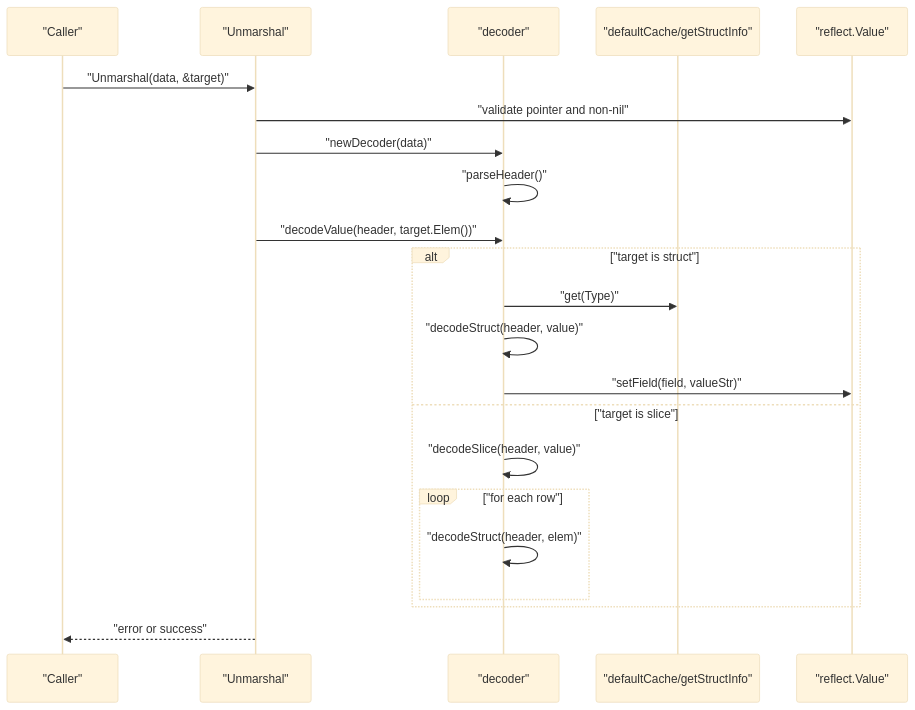
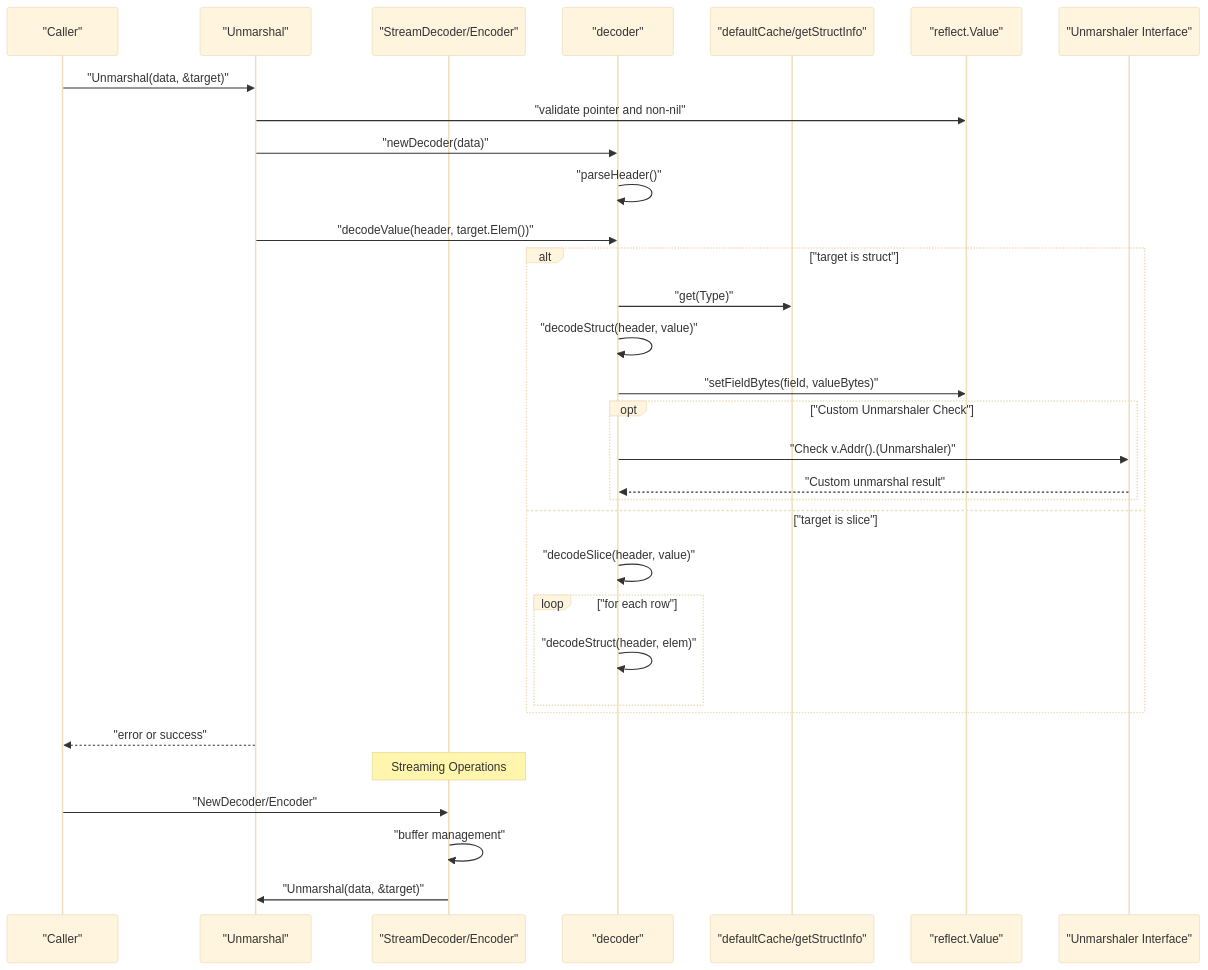
One commit to OTumanov/go-toon changed the second of 3 diagrams in .qoder/repowiki/en/content/API Reference/Advanced Unmarshaling API.md. Above: the diagram before and after it, drawn with Mermaid (base theme). The commit also changed other lines of this file and 11 other files, not shown here.

First line of the commit message:
feat: add Pre-flight Schema + Token Calculator to toongen

````diff
--- a/.qoder/repowiki/en/content/API Reference/Advanced Unmarshaling API.md
+++ b/.qoder/repowiki/en/content/API Reference/Advanced Unmarshaling API.md
@@ -120,24 +164,34 @@
 ```mermaid
 sequenceDiagram
 participant Caller as "Caller"
 participant API as "Unmarshal"
+participant StreamAPI as "StreamDecoder/Encoder"
 participant Dec as "decoder"
 participant Cache as "defaultCache/getStructInfo"
 participant RT as "reflect.Value"
+participant UM as "Unmarshaler Interface"
 Caller->>API : "Unmarshal(data, &target)"
 API->>RT : "validate pointer and non-nil"
 API->>Dec : "newDecoder(data)"
 Dec->>Dec : "parseHeader()"
 API->>Dec : "decodeValue(header, target.Elem())"
 alt "target is struct"
 Dec->>Cache : "get(Type)"
 Dec->>Dec : "decodeStruct(header, value)"
-Dec->>RT : "setField(field, valueStr)"
+Dec->>RT : "setFieldBytes(field, valueBytes)"
+opt "Custom Unmarshaler Check"
+Dec->>UM : "Check v.Addr().(Unmarshaler)"
+UM-->>Dec : "Custom unmarshal result"
+end
 else "target is slice"
 Dec->>Dec : "decodeSlice(header, value)"
 loop "for each row"
 Dec->>Dec : "decodeStruct(header, elem)"
 end
 end
 API-->>Caller : "error or success"
+Note over StreamAPI : Streaming Operations
+Caller->>StreamAPI : "NewDecoder/Encoder"
+StreamAPI->>StreamAPI : "buffer management"
+StreamAPI->>API : "Unmarshal(data, &target)"
 ```
````
